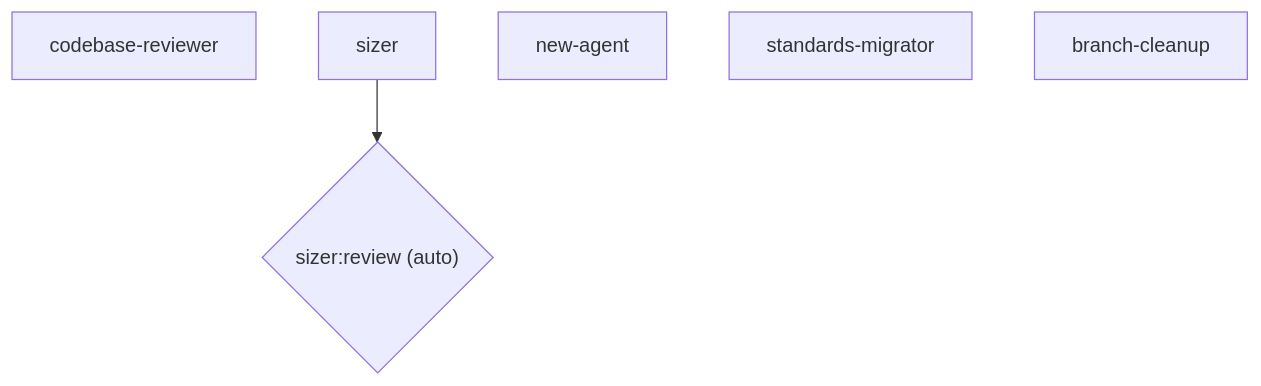
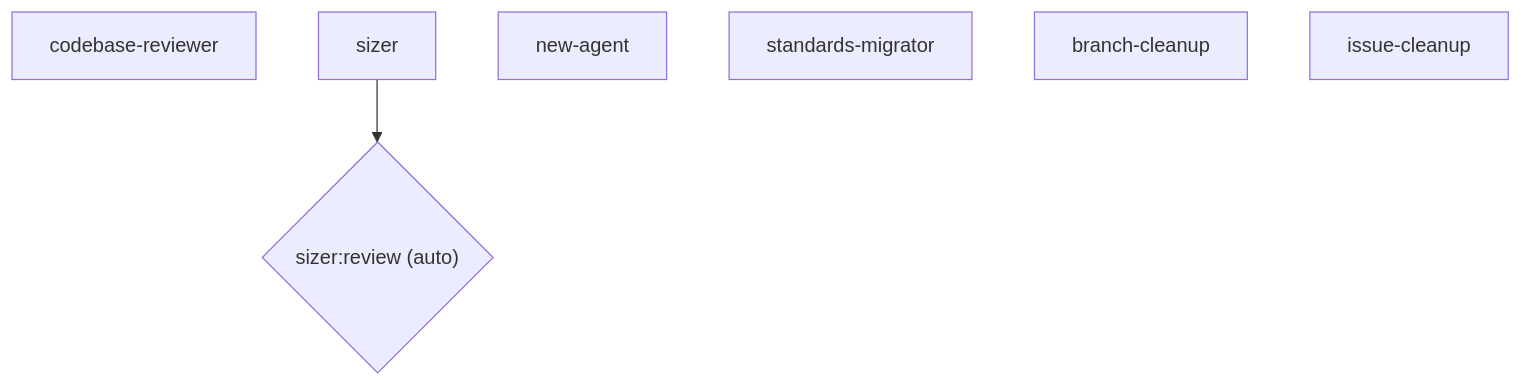
One commit to M-A-Operating-System/ai-coding-standards2 changed the diagram in docs/product/orchestrator/generated/phases/00_ondemand.mmd. Above: the diagram before and after it, drawn with Mermaid.

Commit message:
chore: regenerate pipeline diagrams

```diff
--- a/docs/product/orchestrator/generated/phases/00_ondemand.mmd
+++ b/docs/product/orchestrator/generated/phases/00_ondemand.mmd
@@ -1,8 +1,9 @@
 flowchart TD
     n_00_ondemand__codebase_reviewer["codebase-reviewer"]
     n_00_ondemand__sizer["sizer"]
     n_00_ondemand__new_agent["new-agent"]
     n_00_ondemand__standards_migrator["standards-migrator"]
     n_00_ondemand__branch_cleanup["branch-cleanup"]
+    n_00_ondemand__issue_cleanup["issue-cleanup"]
     gate__n_00_ondemand__sizer{"sizer:review (auto)"}
     n_00_ondemand__sizer --> gate__n_00_ondemand__sizer
```
